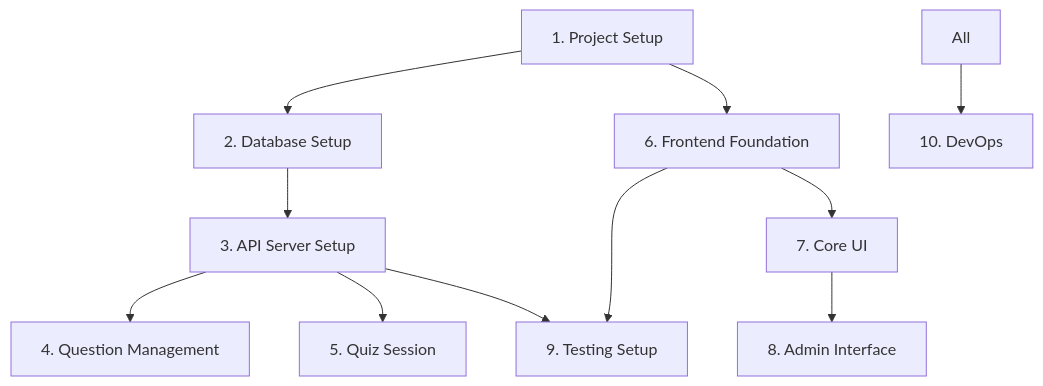
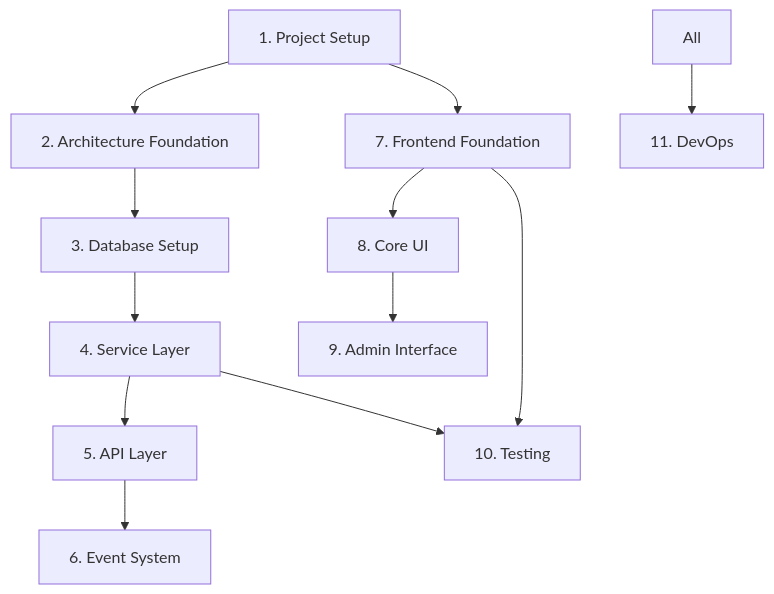
Before and after one commit to Kaniikura/certquiz: the diagram in docs/task-list.md, drawn with Mermaid. The commit also changed other lines of this file and 15 other files, not shown here.

First line of the commit message:
📝 docs(architecture): add ADRs and update docs for service layer architecture

````diff
--- a/docs/task-list.md
+++ b/docs/task-list.md
@@ -348,13 +503,17 @@
 ```mermaid
 graph TD
-    A[1. Project Setup] --> B[2. Database Setup]
-    B --> C[3. API Server Setup]
-    C --> D[4. Question Management]
-    C --> E[5. Quiz Session]
-    A --> F[6. Frontend Foundation]
-    F --> G[7. Core UI]
-    G --> H[8. Admin Interface]
-    C --> I[9. Testing Setup]
-    F --> I
-    All --> J[10. DevOps]
+    A[1. Project Setup] --> B[2. Architecture Foundation]
+    B --> C[3. Database Setup]
+    C --> D[4. Service Layer]
+    D --> E[5. API Layer]
+    E --> F[6. Event System]
+    
+    A --> G[7. Frontend Foundation]
+    G --> H[8. Core UI]
+    H --> I[9. Admin Interface]
+    
+    D --> J[10. Testing]
+    G --> J
+    
+    All --> K[11. DevOps]
 ```
````
